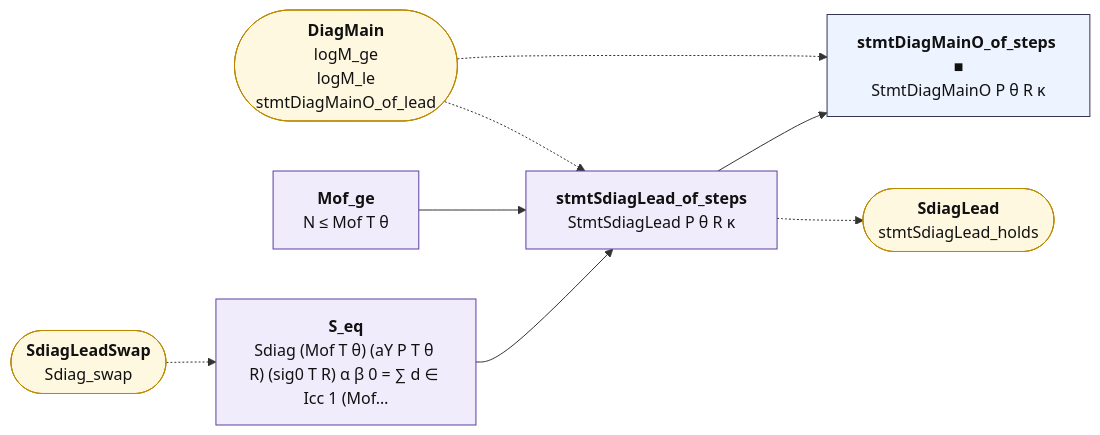
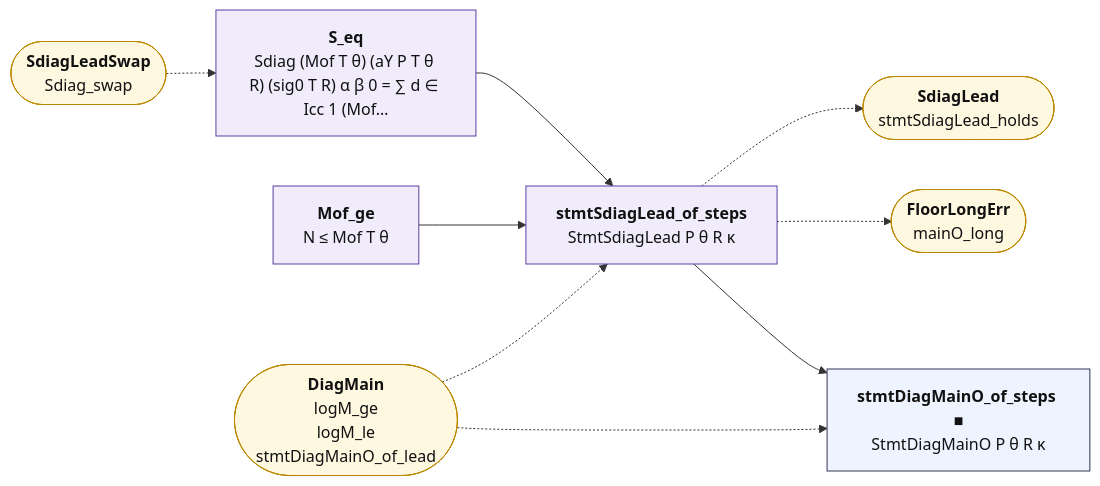
One commit to juliansambranojr/Primebeat_081426 changed the diagram in map/lean_stage3/SdiagLeadCore.md. Above: the diagram before and after it, drawn with Mermaid. The commit also changed other lines of this file and 64 other files, not shown here.

````diff
--- a/map/lean_stage3/SdiagLeadCore.md
+++ b/map/lean_stage3/SdiagLeadCore.md
@@ -14,25 +14,27 @@
 ```mermaid
 flowchart LR
   n0["<b>S_eq</b><br/>Sdiag (Mof T θ) (aY P T θ R) (sig0 T R) α β 0 = ∑ d ∈ Icc 1 (Mof…"]:::shp
   n1["<b>Mof_ge</b><br/>N ≤ Mof T θ"]:::shp
   n2["<b>stmtSdiagLead_of_steps</b><br/>StmtSdiagLead P θ R κ"]:::shp
   n3["<b>stmtDiagMainO_of_steps ■</b><br/>StmtDiagMainO P θ R κ"]:::thm
   x0(["<b>SdiagLeadSwap</b><br/>Sdiag_swap"]):::ext
   x1(["<b>DiagMain</b><br/>logM_ge<br/>logM_le<br/>stmtDiagMainO_of_lead"]):::ext
-  x2(["<b>SdiagLead</b><br/>stmtSdiagLead_holds"]):::ext
+  x2(["<b>FloorLongErr</b><br/>mainO_long"]):::ext
+  x3(["<b>SdiagLead</b><br/>stmtSdiagLead_holds"]):::ext
   n0 --> n2
   n1 --> n2
   n2 --> n3
   n2 -.-> x2
+  n2 -.-> x3
   x0 -.-> n0
   x1 -.-> n2
   x1 -.-> n3
   classDef cnt fill:#dff5ec,stroke:#17694a,color:#111
   classDef shp fill:#f1ecfb,stroke:#5b3fa0,color:#111
   classDef rh fill:#ffe5e5,stroke:#c22,color:#111,stroke-width:2px
   classDef thm fill:#eef4ff,stroke:#335,color:#111
   classDef end_ fill:#e7f7e7,stroke:#2a7,color:#111,stroke-width:2px
   classDef lone fill:#fff,stroke:#999,color:#111,stroke-dasharray:4 3
   classDef bad fill:#ffe5e5,stroke:#c22,color:#111,stroke-width:2px
   classDef ext fill:#fff8e1,stroke:#b80,color:#111
 ```
````
